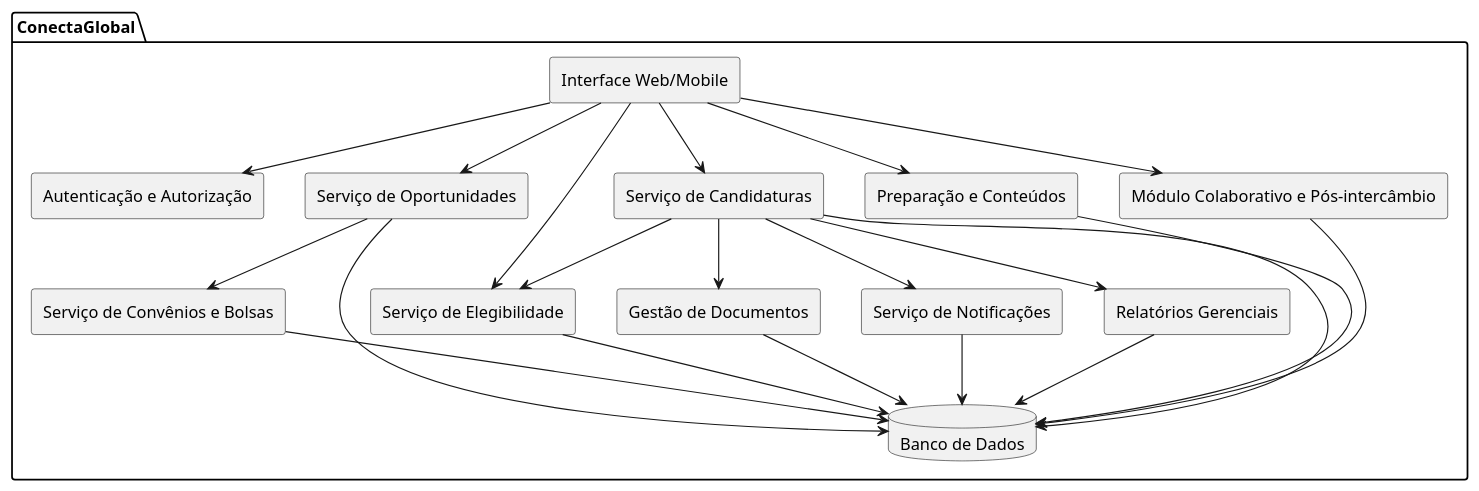
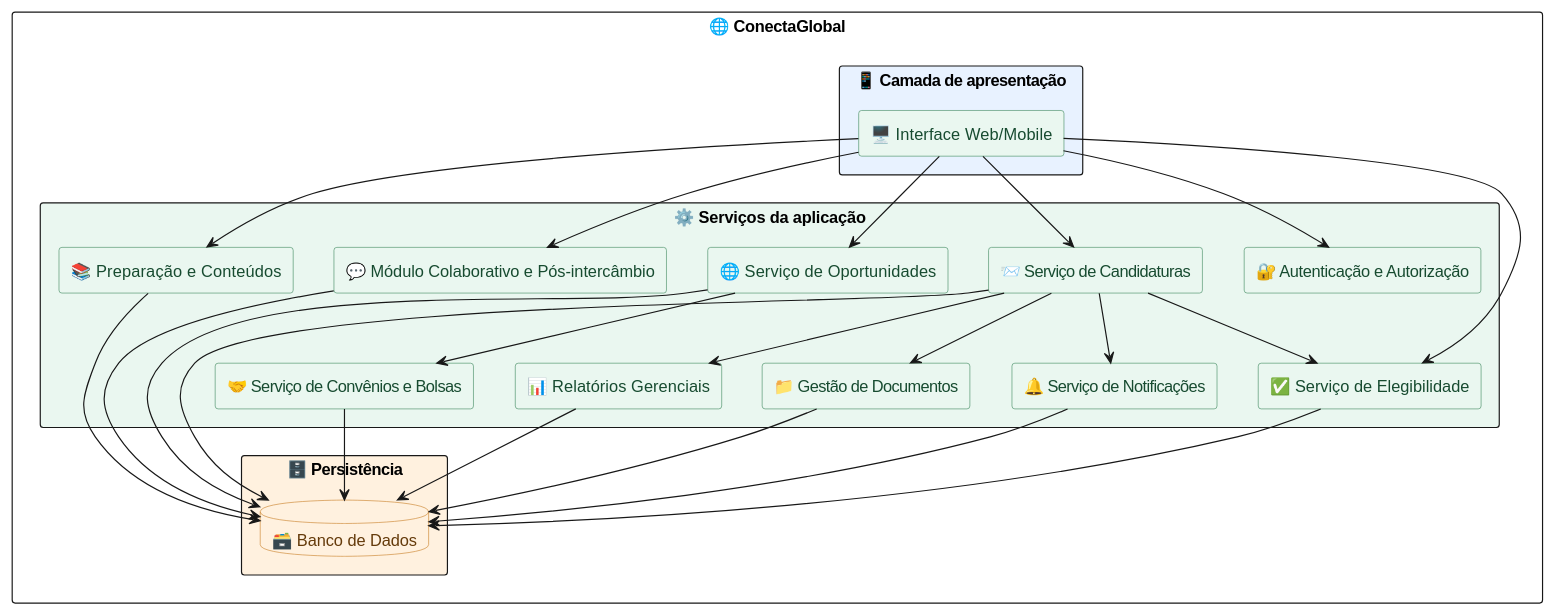
One commit to AllisonOliv/requisitos-2026.2--grupo3 changed the second of 3 diagrams in uml/diagramas.puml. Above: the diagram before and after it, drawn with PlantUML. The commit also changed other lines of this file and 2 other files, not shown here.

```diff
--- a/uml/diagramas.puml
+++ b/uml/diagramas.puml
@@ -53,40 +75,59 @@
-@startuml
+@startuml ConectaGlobal_Componentes
+skinparam shadowing false
 skinparam componentStyle rectangle
-skinparam shadowing false
+skinparam packageStyle rectangle
+skinparam backgroundColor #FFFFFF
+skinparam defaultFontName Arial
+skinparam component {
+  BackgroundColor #EAF7F0
+  BorderColor #39865B
+  FontColor #174B30
+}
+skinparam database {
+  BackgroundColor #FFF1DF
+  BorderColor #C77B20
+  FontColor #653B0B
+}
 
-package "ConectaGlobal" {
-  [Interface Web/Mobile] as UI
-  [Autenticação e Autorização] as AUTH
-  [Serviço de Oportunidades] as OPORT
-  [Serviço de Convênios e Bolsas] as CONV
-  [Serviço de Elegibilidade] as ELEG
-  [Serviço de Candidaturas] as CAND
-  [Gestão de Documentos] as DOC
-  [Serviço de Notificações] as NOTIF
-  [Relatórios Gerenciais] as REL
-  [Preparação e Conteúdos] as PREP
-  [Módulo Colaborativo e Pós-intercâmbio] as COL
-  database "Banco de Dados" as DB
+package "🌐 ConectaGlobal" {
+  package "📱 Camada de apresentação" #E8F2FF {
+    component "🖥️ Interface Web/Mobile" as UI
+  }
+  package "⚙️ Serviços da aplicação" #EAF7F0 {
+    component "🔐 Autenticação e Autorização" as AUTH
+    component "🌐 Serviço de Oportunidades" as OPORT
+    component "🤝 Serviço de Convênios e Bolsas" as CONV
+    component "✅ Serviço de Elegibilidade" as ELEG
+    component "📨 Serviço de Candidaturas" as CAND
+    component "📁 Gestão de Documentos" as DOC
+    component "🔔 Serviço de Notificações" as NOTIF
+    component "📊 Relatórios Gerenciais" as REL
+    component "📚 Preparação e Conteúdos" as PREP
+    component "💬 Módulo Colaborativo e Pós-intercâmbio" as COL
+  }
+  package "🗄️ Persistência" #FFF1DF {
+    database "🗃️ Banco de Dados" as DB
+  }
 }
 
 UI --> AUTH
 UI --> OPORT
 UI --> ELEG
 UI --> CAND
 UI --> PREP
 UI --> COL
 OPORT --> CONV
 CAND --> ELEG
 CAND --> DOC
 CAND --> NOTIF
 CAND --> REL
 OPORT --> DB
 CONV --> DB
 ELEG --> DB
 CAND --> DB
 DOC --> DB
 NOTIF --> DB
 REL --> DB
 PREP --> DB
 COL --> DB
 @enduml
```
